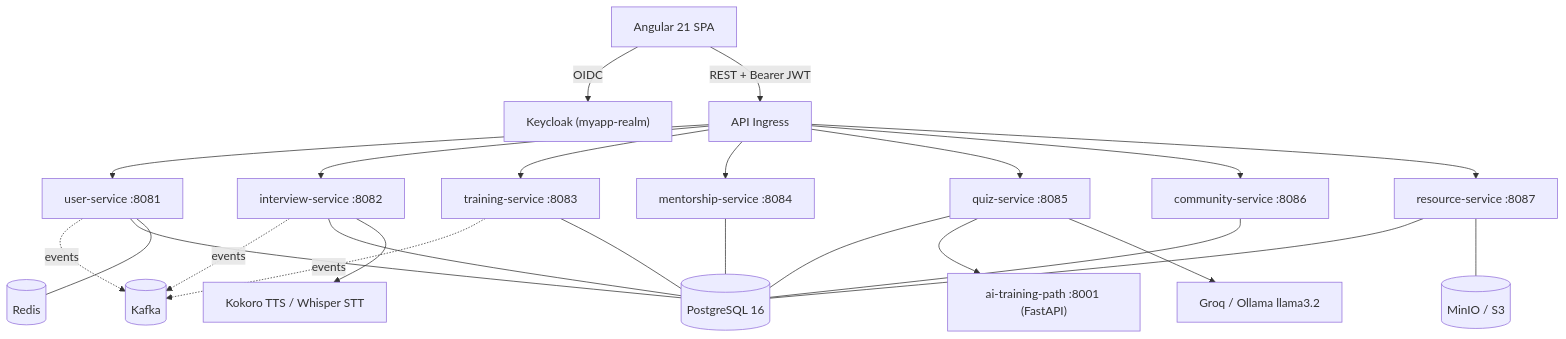
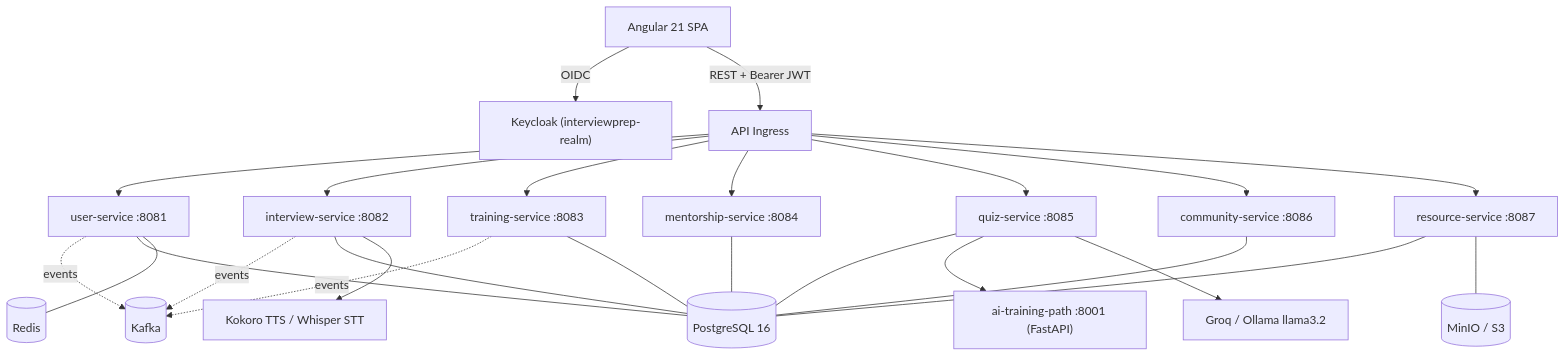
The first of 2 diagrams in README.md (nacefmoula/interviewprep-tn), drawn with Mermaid before and after one commit. The commit also changed other lines of this file, not shown here.

````diff
--- a/README.md
+++ b/README.md
@@ -27,31 +58,31 @@
 ```mermaid
 flowchart TD
-    UI["Angular 21 SPA"] -->|OIDC| KC["Keycloak (myapp-realm)"]
+    UI["Angular 21 SPA"] -->|OIDC| KC["Keycloak (interviewprep-realm)"]
     UI -->|REST + Bearer JWT| GW["API Ingress"]
 
     GW --> US["user-service :8081"]
     GW --> IS["interview-service :8082"]
     GW --> TS["training-service :8083"]
     GW --> MS["mentorship-service :8084"]
     GW --> QS["quiz-service :8085"]
     GW --> CS["community-service :8086"]
     GW --> RS["resource-service :8087"]
 
     IS -. events .-> K[("Kafka")]
     TS -. events .-> K
     US -. events .-> K
 
     US --- PG[("PostgreSQL 16")]
     IS --- PG
     TS --- PG
     MS --- PG
     QS --- PG
     CS --- PG
     RS --- PG
 
     QS --> AI["ai-training-path :8001 (FastAPI)"]
     IS --> TTS["Kokoro TTS / Whisper STT"]
     QS --> LLM["Groq / Ollama llama3.2"]
     RS --- OBJ[("MinIO / S3")]
     US --- RD[("Redis")]
 ```
````
